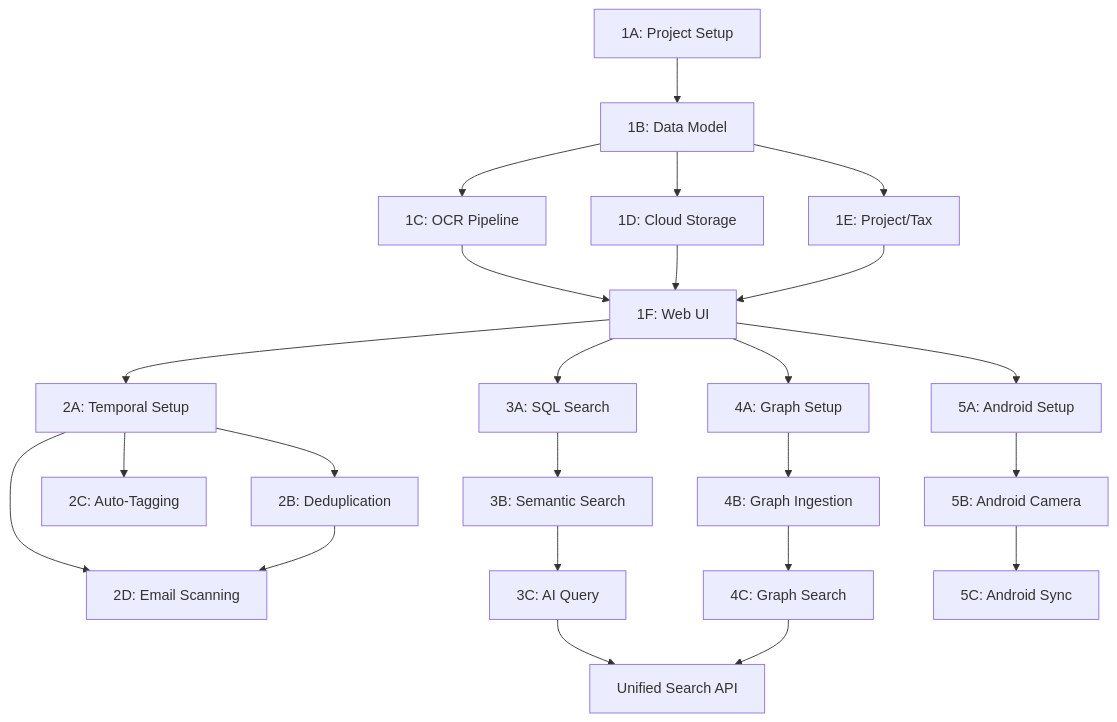
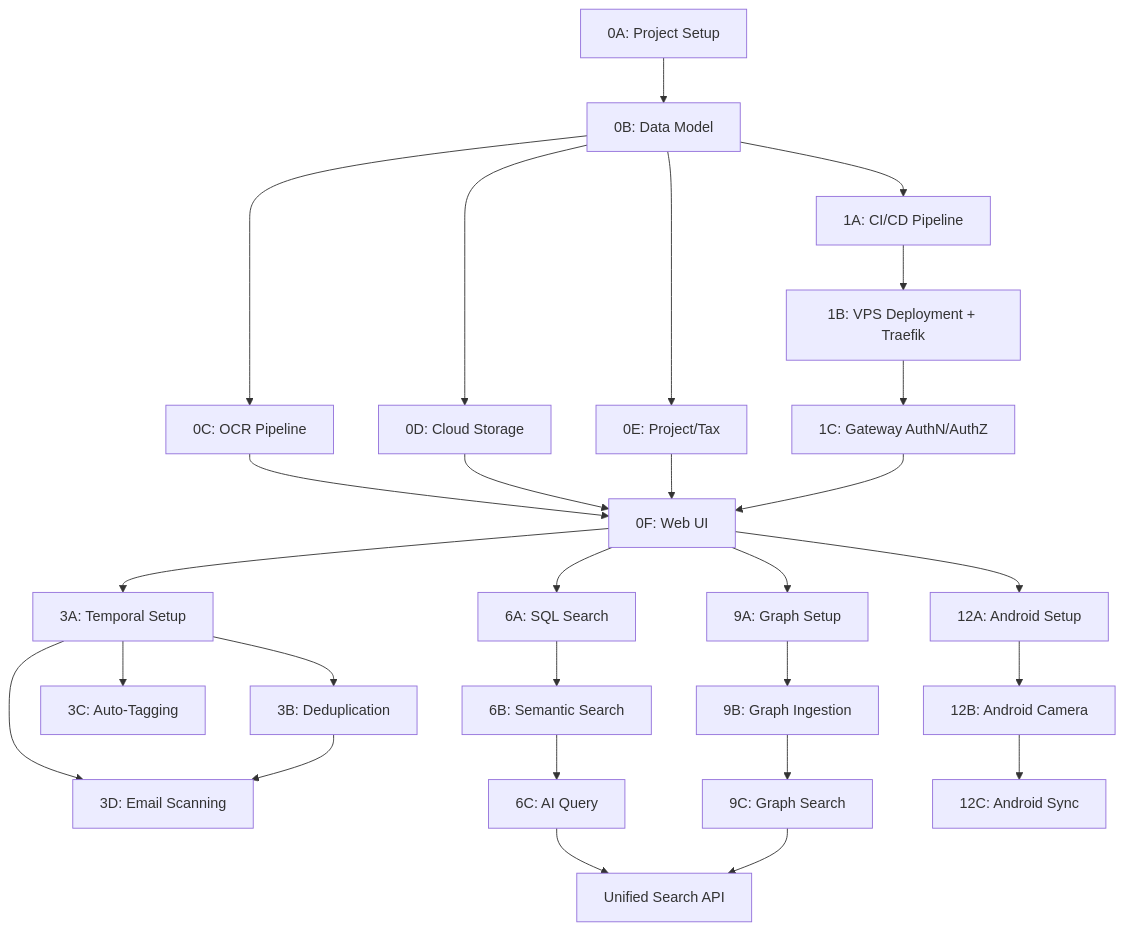
Before and after one commit to thangtran3112/family-app: the diagram in plans/PLAN.md, drawn with Mermaid. The commit also changed other lines of this file and 29 other files, not shown here.

````diff
--- a/plans/PLAN.md
+++ b/plans/PLAN.md
@@ -296,26 +309,30 @@
 ```mermaid
 graph TD
-    A[1A: Project Setup] --> B[1B: Data Model]
-    B --> C[1C: OCR Pipeline]
-    B --> D[1D: Cloud Storage]
-    B --> E[1E: Project/Tax]
-    C --> F[1F: Web UI]
+    A[0A: Project Setup] --> B[0B: Data Model]
+    B --> C[0C: OCR Pipeline]
+    B --> D[0D: Cloud Storage]
+    B --> E[0E: Project/Tax]
+    C --> F[0F: Web UI]
     D --> F
     E --> F
-    F --> G[2A: Temporal Setup]
-    G --> H[2B: Deduplication]
-    G --> I[2C: Auto-Tagging]
-    G --> T[2D: Email Scanning]
+    B --> CI[1A: CI/CD Pipeline]
+    CI --> VPS[1B: VPS Deployment + Traefik]
+    VPS --> GW[1C: Gateway AuthN/AuthZ]
+    GW --> F
+    F --> G[3A: Temporal Setup]
+    G --> H[3B: Deduplication]
+    G --> I[3C: Auto-Tagging]
+    G --> T[3D: Email Scanning]
     H --> T
-    F --> J[3A: SQL Search]
-    J --> K[3B: Semantic Search]
-    K --> L[3C: AI Query]
-    F --> M[4A: Graph Setup]
-    M --> N[4B: Graph Ingestion]
-    N --> O[4C: Graph Search]
+    F --> J[6A: SQL Search]
+    J --> K[6B: Semantic Search]
+    K --> L[6C: AI Query]
+    F --> M[9A: Graph Setup]
+    M --> N[9B: Graph Ingestion]
+    N --> O[9C: Graph Search]
     L --> P[Unified Search API]
     O --> P
-    F --> Q[5A: Android Setup]
-    Q --> R[5B: Android Camera]
-    R --> S[5C: Android Sync]
+    F --> Q[12A: Android Setup]
+    Q --> R[12B: Android Camera]
+    R --> S[12C: Android Sync]
 ```
````
